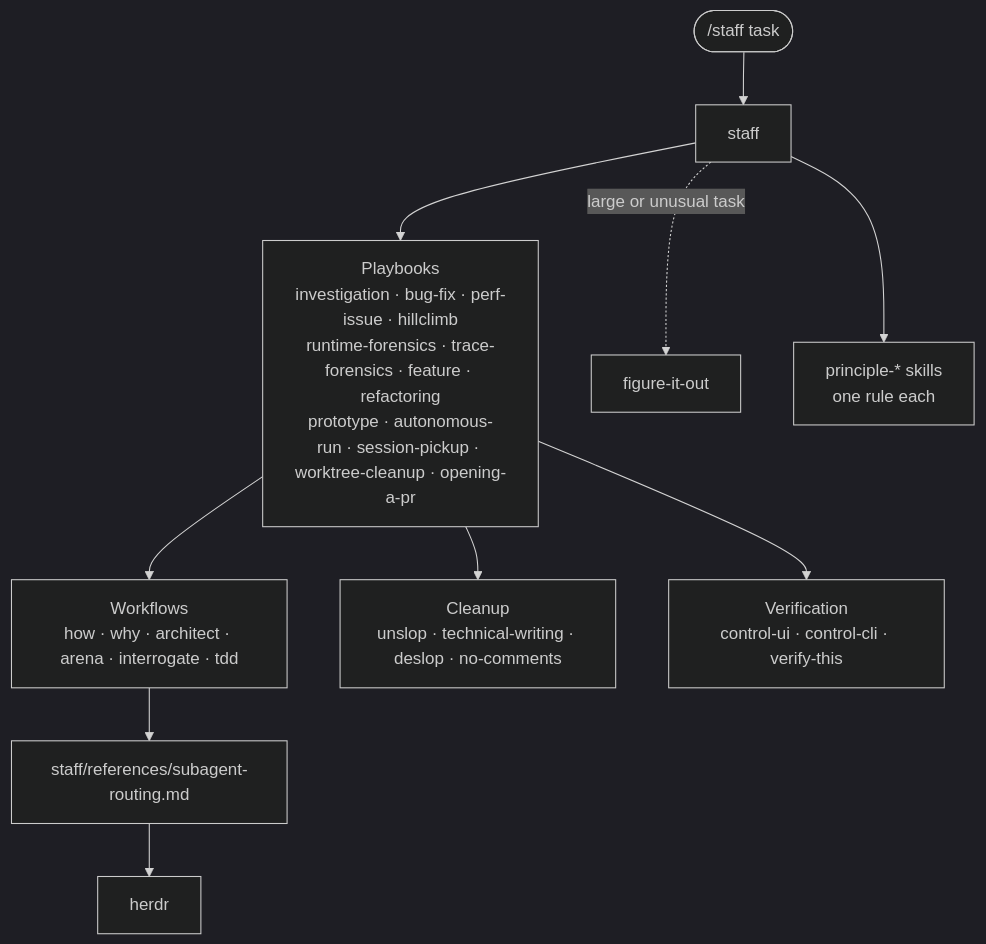
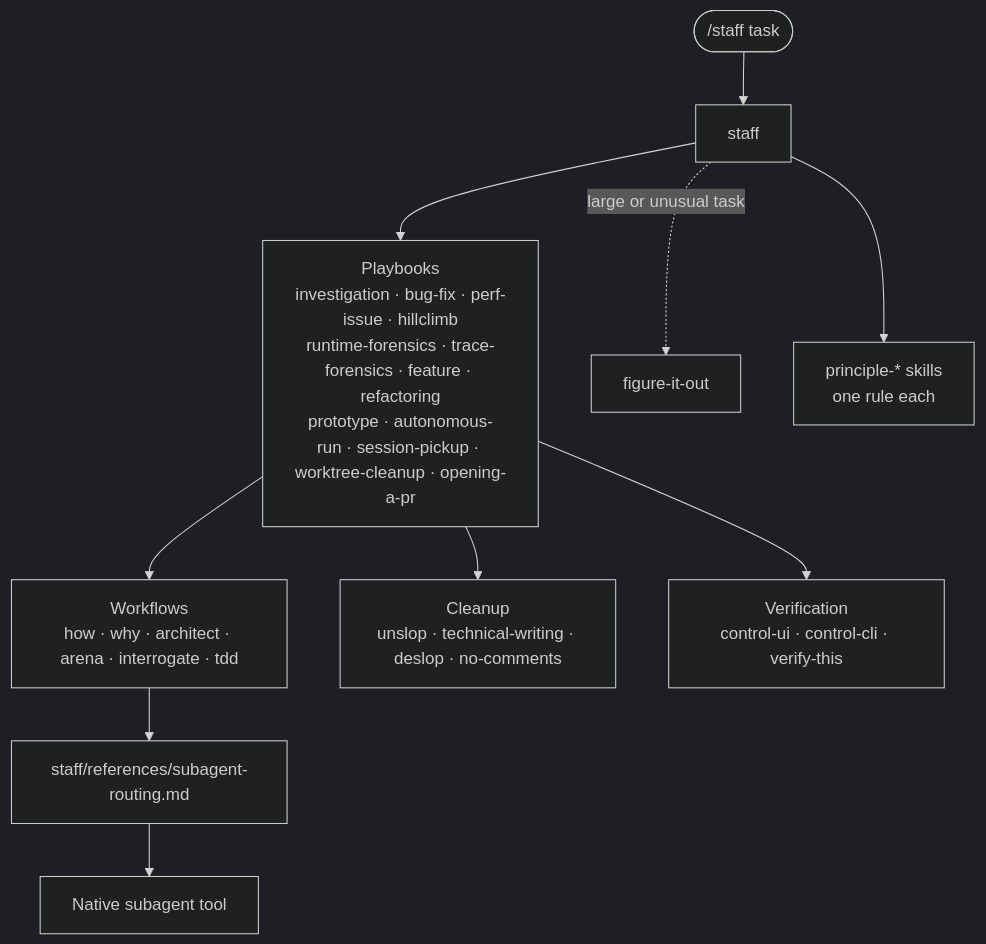
Before and after one commit to steven-yu-appier/steven-stack: the first of 2 diagrams in README.md, drawn with Mermaid (dark theme). The commit also changed other lines of this file and 4 other files, not shown here.

````diff
--- a/README.md
+++ b/README.md
@@ -18,12 +18,12 @@
 ```mermaid
 flowchart TD
     U(["/staff task"]) --> S[staff]
     S --> P["Playbooks<br/>investigation · bug-fix · perf-issue · hillclimb<br/>runtime-forensics · trace-forensics · feature · refactoring<br/>prototype · autonomous-run · session-pickup · worktree-cleanup · opening-a-pr"]
     S -. large or unusual task .-> F[figure-it-out]
     S --> PR["principle-* skills<br/>one rule each"]
     P --> W["Workflows<br/>how · why · architect · arena · interrogate · tdd"]
     P --> Q["Cleanup<br/>unslop · technical-writing · deslop · no-comments"]
     P --> V["Verification<br/>control-ui · control-cli · verify-this"]
     W --> R["staff/references/subagent-routing.md"]
-    R --> H[herdr]
+    R --> N["Native subagent tool"]
 ```
````
